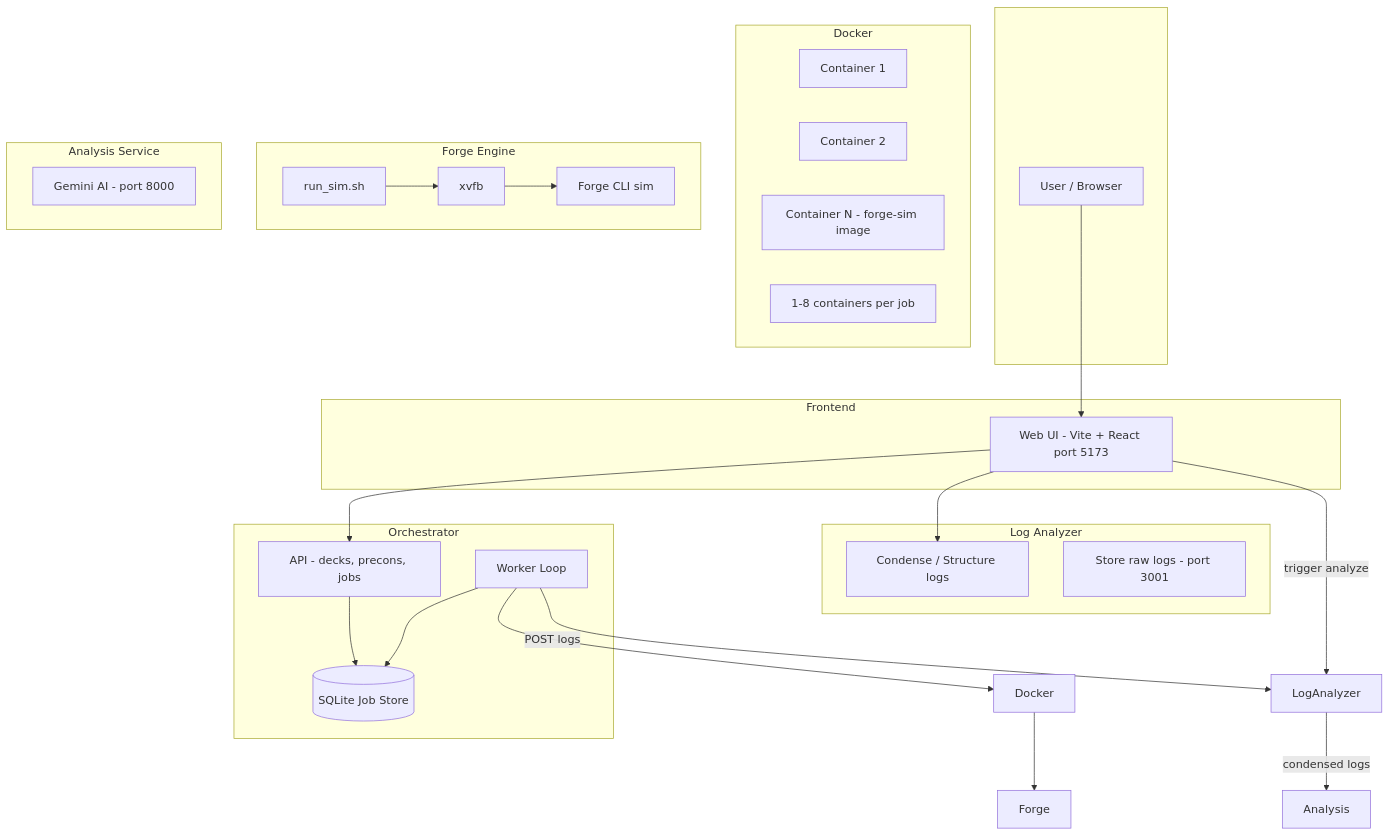
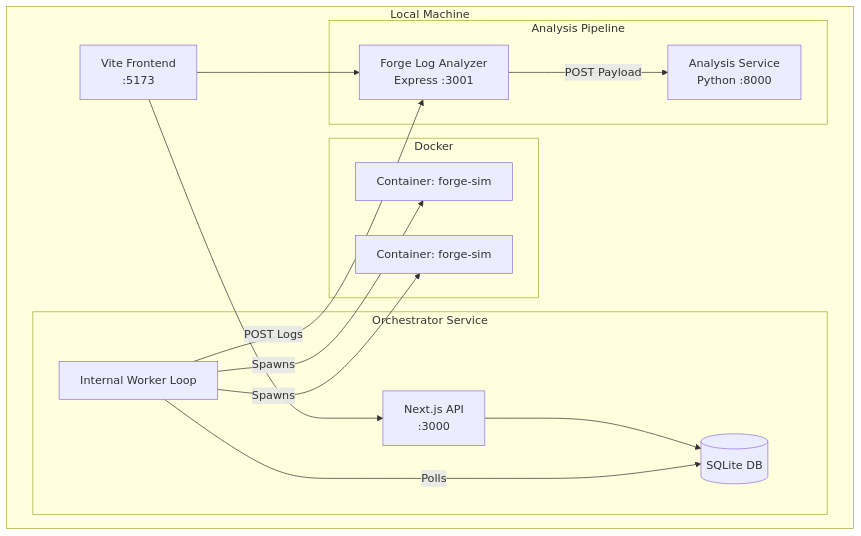
Before and after one commit to TytaniumDev/MagicBracketSimulator: the second of 2 diagrams in ARCHITECTURE.md, drawn with Mermaid. The commit also changed other lines of this file and 1 other file, not shown here.

First line of the commit message:
docs: Update ARCHITECTURE.md and create Scribe journal

````diff
--- a/ARCHITECTURE.md
+++ b/ARCHITECTURE.md
@@ -105,50 +80,33 @@
 ```mermaid
 flowchart TB
-    subgraph user[" "]
-        Browser["User / Browser"]
+    subgraph host [Local Machine]
+        Frontend[Vite Frontend<br/>:5173]
+
+        subgraph orchestrator_stack [Orchestrator Service]
+            API[Next.js API<br/>:3000]
+            InternalWorker[Internal Worker Loop]
+            SQLite[(SQLite DB)]
+
+            API --> SQLite
+            InternalWorker -- Polls --> SQLite
+        end
+
+        subgraph docker_swarm [Docker]
+            C1[Container: forge-sim]
+            C2[Container: forge-sim]
+            InternalWorker -- Spawns --> C1
+            InternalWorker -- Spawns --> C2
+        end
+
+        subgraph analysis_stack [Analysis Pipeline]
+            LogAnalyzer[Forge Log Analyzer<br/>Express :3001]
+            AnalysisService[Analysis Service<br/>Python :8000]
+
+            InternalWorker -- POST Logs --> LogAnalyzer
+            LogAnalyzer -- POST Payload --> AnalysisService
+        end
     end
 
-    subgraph frontend["Frontend"]
-        UI["Web UI - Vite + React port 5173"]
-    end
-
-    subgraph orchestrator["Orchestrator"]
-        API["API - decks, precons, jobs"]
-        Store[(SQLite Job Store)]
-        Worker["Worker Loop"]
-        API --> Store
-        Worker --> Store
-    end
-
-    subgraph loganalyzer["Log Analyzer"]
-        Condenser["Condense / Structure logs"]
-        StoreLogs["Store raw logs - port 3001"]
-    end
-
-    subgraph docker["Docker"]
-        C1["Container 1"]
-        C2["Container 2"]
-        C3["Container N - forge-sim image"]
-        N1["1-8 containers per job"]
-    end
-
-    subgraph forge["Forge Engine"]
-        RunSim["run_sim.sh"]
-        Xvfb["xvfb"]
-        ForgeCLI["Forge CLI sim"]
-        RunSim --> Xvfb --> ForgeCLI
-    end
-
-    subgraph analysis["Analysis Service"]
-        Gemini["Gemini AI - port 8000"]
-    end
-
-    Browser --> UI
-    UI --> API
-    UI --> Condenser
-    Worker --> Docker
-    Docker --> Forge
-    Worker -->|"POST logs"| LogAnalyzer
-    LogAnalyzer -->|"condensed logs"| Analysis
-    UI -->|"trigger analyze"| LogAnalyzer
+    Frontend --> API
+    Frontend --> LogAnalyzer
 ```
````
